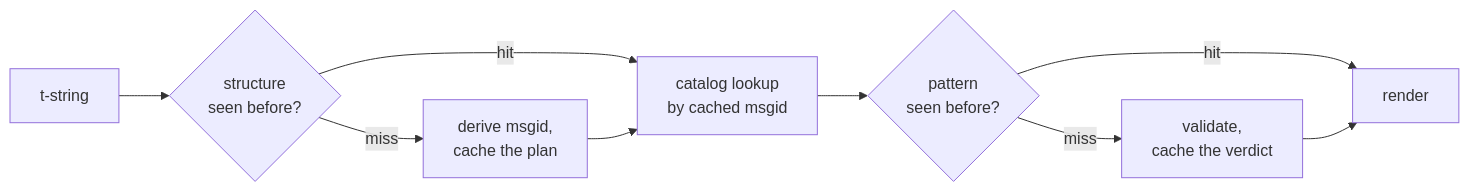
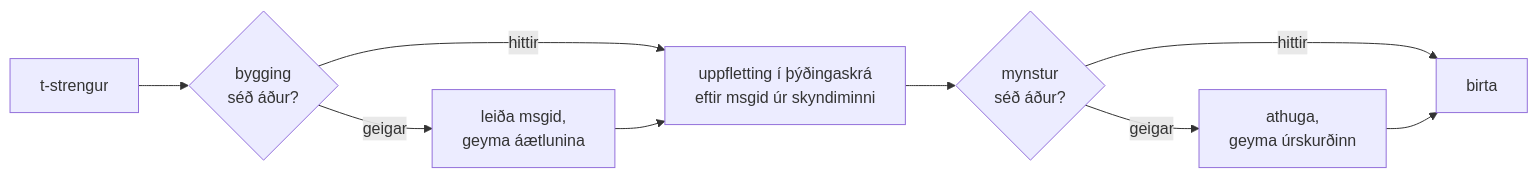
Before and after one commit to yhay81/gettext-tstrings: the diagram in i18n/is/docs/internals.md, drawn with Mermaid. The commit also changed other lines of this file and 181 other files, not shown here.

````diff
--- a/i18n/is/docs/internals.md
+++ b/i18n/is/docs/internals.md
@@ -202,9 +211,9 @@
 ```mermaid
 flowchart LR
-  T["t-string"] --> S{"structure<br>seen before?"}
-  S -- "hit" --> G["catalog lookup<br>by cached msgid"]
-  S -- "miss" --> D["derive msgid,<br>cache the plan"] --> G
-  G --> V{"pattern<br>seen before?"}
-  V -- "hit" --> R["render"]
-  V -- "miss" --> C["validate,<br>cache the verdict"] --> R
+  T["t-strengur"] --> S{"bygging<br>séð áður?"}
+  S -- "hittir" --> G["uppfletting í þýðingaskrá<br>eftir msgid úr skyndiminni"]
+  S -- "geigar" --> D["leiða msgid,<br>geyma áætlunina"] --> G
+  G --> V{"mynstur<br>séð áður?"}
+  V -- "hittir" --> R["birta"]
+  V -- "geigar" --> C["athuga,<br>geyma úrskurðinn"] --> R
 ```
````
